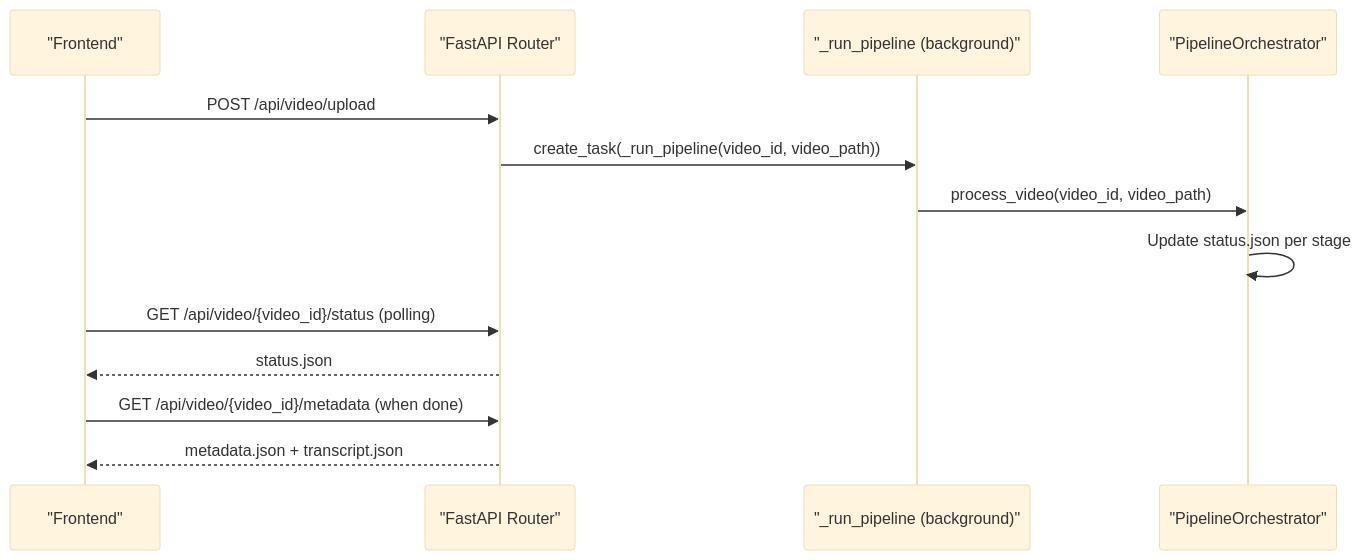
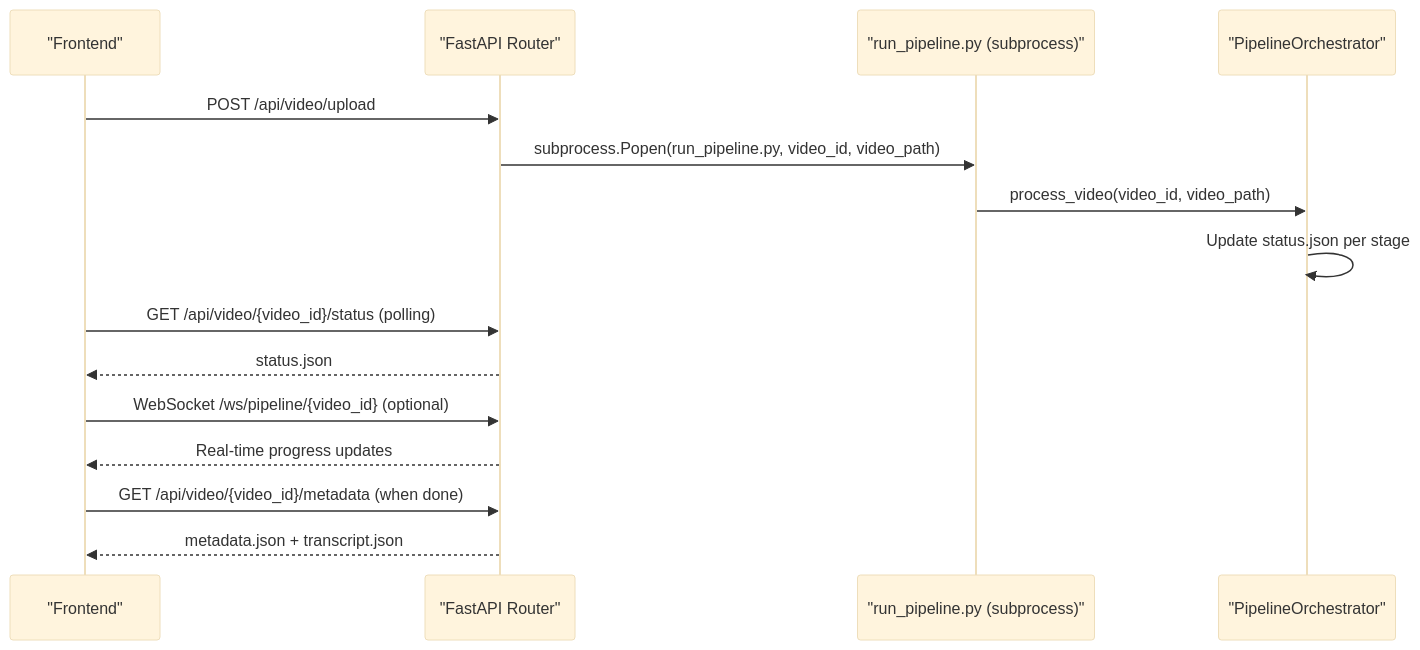
The fourth of 5 diagrams in .qoder/repowiki/en/content/Media Processing Pipeline/Media Processing Pipeline.md (alexandreybasta-cyber/dubai-media-ai), drawn with Mermaid (base theme) before and after one commit. The commit also changed other lines of this file and 28 other files, not shown here.

````diff
--- a/.qoder/repowiki/en/content/Media Processing Pipeline/Media Processing Pipeline.md
+++ b/.qoder/repowiki/en/content/Media Processing Pipeline/Media Processing Pipeline.md
@@ -360,15 +370,17 @@
 ```mermaid
 sequenceDiagram
 participant FE as "Frontend"
 participant API as "FastAPI Router"
-participant TASK as "_run_pipeline (background)"
+participant SUBPROC as "run_pipeline.py (subprocess)"
 participant ORCH as "PipelineOrchestrator"
 FE->>API : POST /api/video/upload
-API->>TASK : create_task(_run_pipeline(video_id, video_path))
-TASK->>ORCH : process_video(video_id, video_path)
+API->>SUBPROC : subprocess.Popen(run_pipeline.py, video_id, video_path)
+SUBPROC->>ORCH : process_video(video_id, video_path)
 ORCH->>ORCH : Update status.json per stage
 FE->>API : GET /api/video/{video_id}/status (polling)
 API-->>FE : status.json
+FE->>API : WebSocket /ws/pipeline/{video_id} (optional)
+API-->>FE : Real-time progress updates
 FE->>API : GET /api/video/{video_id}/metadata (when done)
 API-->>FE : metadata.json + transcript.json
 ```
````
